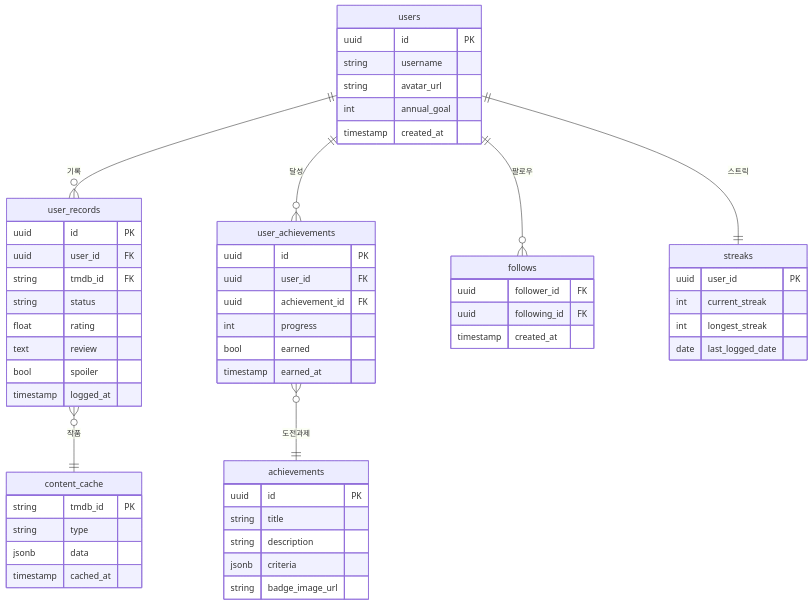
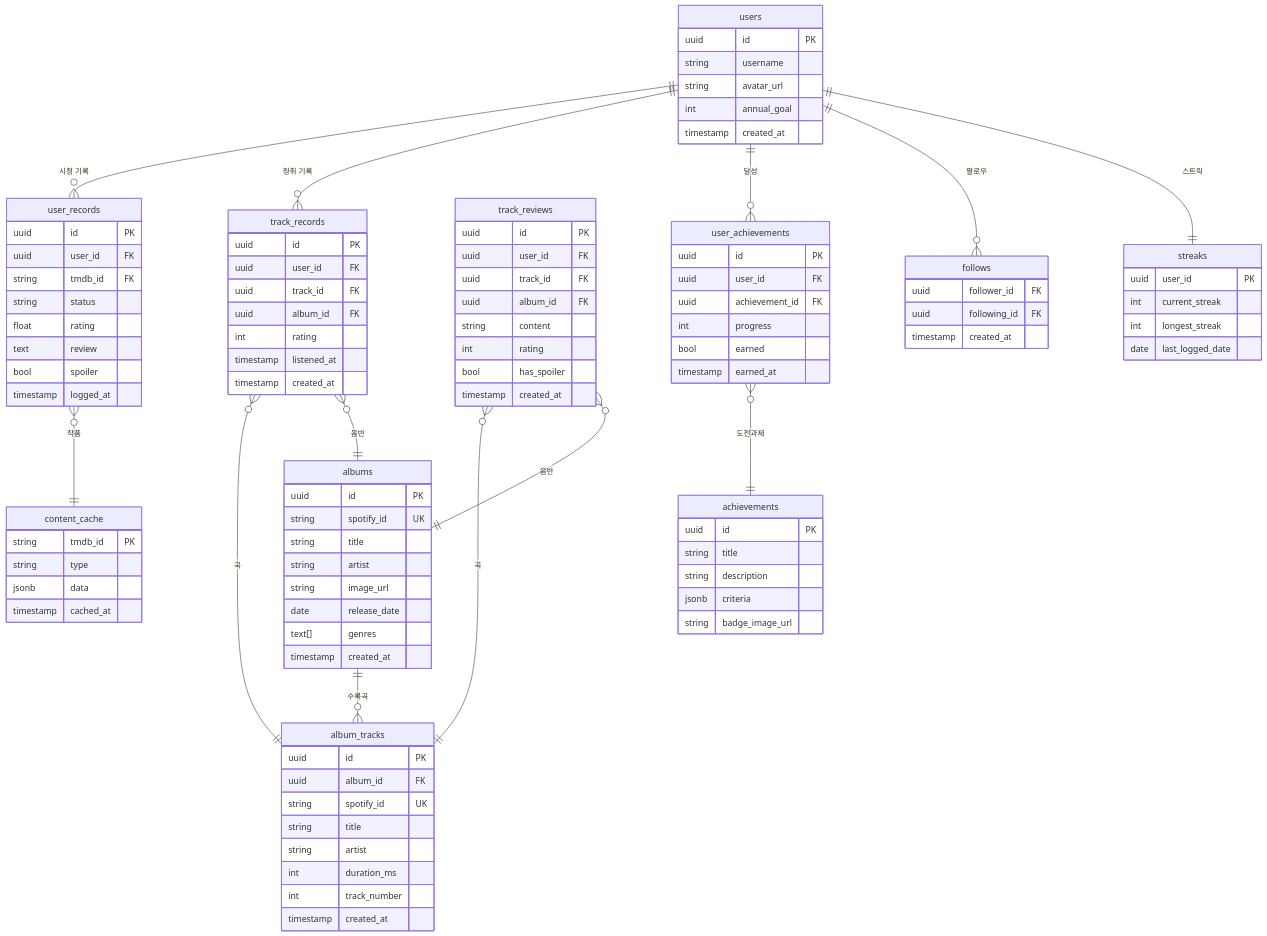
One commit to chs98412/prototype changed the second of 2 diagrams in docs/architecture.md. Above: the diagram before and after it, drawn with Mermaid. The commit also changed other lines of this file and 8 other files, not shown here.

````diff
--- a/docs/architecture.md
+++ b/docs/architecture.md
@@ -128,6 +133,45 @@
         text review
         bool spoiler
         timestamp logged_at
+    }
+    albums {
+        uuid id PK
+        string spotify_id UK
+        string title
+        string artist
+        string image_url
+        date release_date
+        text[] genres
+        timestamp created_at
+    }
+    album_tracks {
+        uuid id PK
+        uuid album_id FK
+        string spotify_id UK
+        string title
+        string artist
+        int duration_ms
+        int track_number
+        timestamp created_at
+    }
+    track_records {
+        uuid id PK
+        uuid user_id FK
+        uuid track_id FK
+        uuid album_id FK
+        int rating
+        timestamp listened_at
+        timestamp created_at
+    }
+    track_reviews {
+        uuid id PK
+        uuid user_id FK
+        uuid track_id FK
+        uuid album_id FK
+        string content
+        int rating
+        bool has_spoiler
+        timestamp created_at
     }
     achievements {
         uuid id PK
@@ -156,10 +200,16 @@
         date last_logged_date
     }
 
-    users ||--o{ user_records : "기록"
+    users ||--o{ user_records : "시청 기록"
+    users ||--o{ track_records : "청취 기록"
     users ||--o{ user_achievements : "달성"
     users ||--o{ follows : "팔로우"
     users ||--|| streaks : "스트릭"
     user_records }o--|| content_cache : "작품"
     user_achievements }o--|| achievements : "도전과제"
+    albums ||--o{ album_tracks : "수록곡"
+    track_records }o--|| album_tracks : "곡"
+    track_reviews }o--|| album_tracks : "곡"
+    track_records }o--|| albums : "음반"
+    track_reviews }o--|| albums : "음반"
 ```
````
